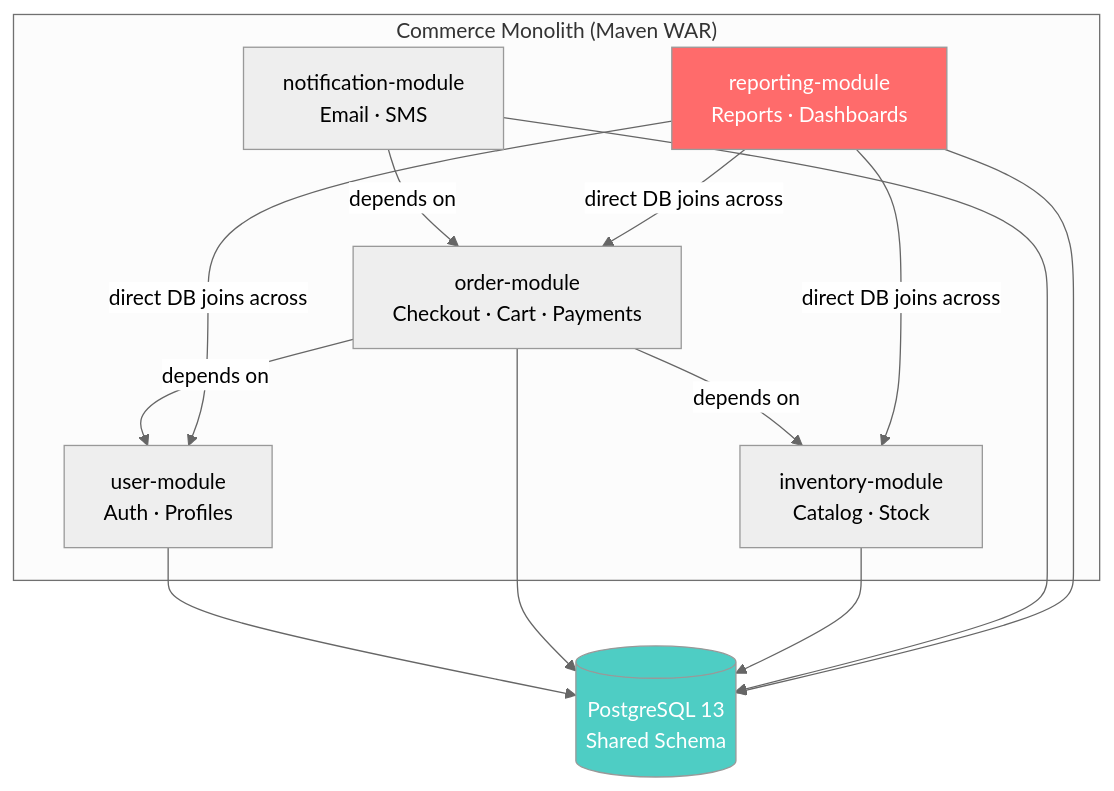
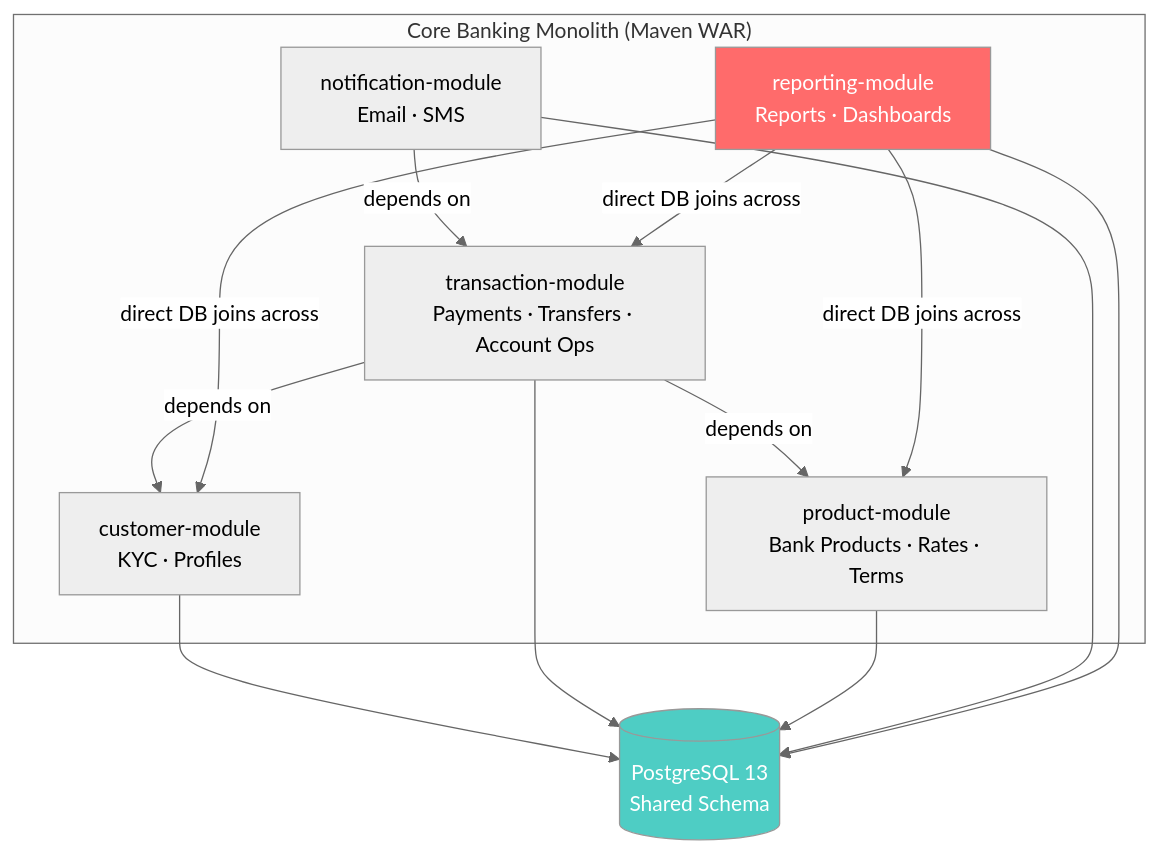
The second of 12 diagrams in architecture and decoupling.md (makeitfine-org/reporting), drawn with Mermaid (neutral theme) before and after one commit. The commit also changed other lines of this file and 3 other files, not shown here.

Commit message:
docs: re-domain architecture doc from e-commerce to core banking

````diff
--- a/architecture and decoupling.md
+++ b/architecture and decoupling.md
@@ -81,28 +81,28 @@
 ```mermaid
 graph TD
-    subgraph Monolith["Commerce Monolith (Maven WAR)"]
-        UM[user-module<br/>Auth · Profiles]
-        OM[order-module<br/>Checkout · Cart · Payments]
-        IM[inventory-module<br/>Catalog · Stock]
+    subgraph Monolith["Core Banking Monolith (Maven WAR)"]
+        UM[customer-module<br/>KYC · Profiles]
+        OM[transaction-module<br/>Payments · Transfers · Account Ops]
+        IM[product-module<br/>Bank Products · Rates · Terms]
         NM[notification-module<br/>Email · SMS]
         RM[reporting-module<br/>Reports · Dashboards]
     end
 
     DB[(PostgreSQL 13<br/>Shared Schema)]
 
     OM -->|depends on| UM
     OM -->|depends on| IM
     NM -->|depends on| OM
     RM -->|direct DB joins across| OM
     RM -->|direct DB joins across| IM
     RM -->|direct DB joins across| UM
 
     UM --> DB
     OM --> DB
     IM --> DB
     NM --> DB
     RM --> DB
 
     style RM fill:#ff6b6b,color:#fff
     style DB fill:#4ecdc4,color:#fff
 ```
````
